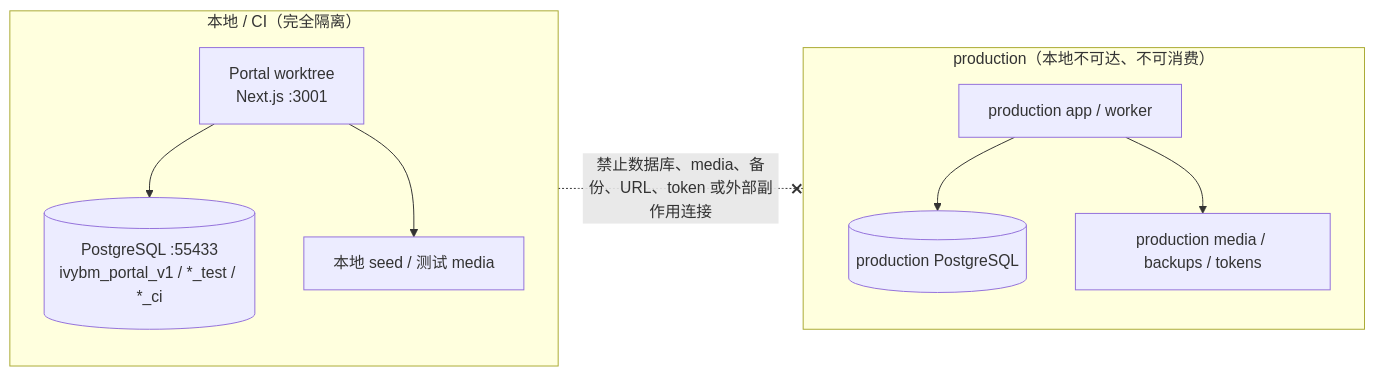
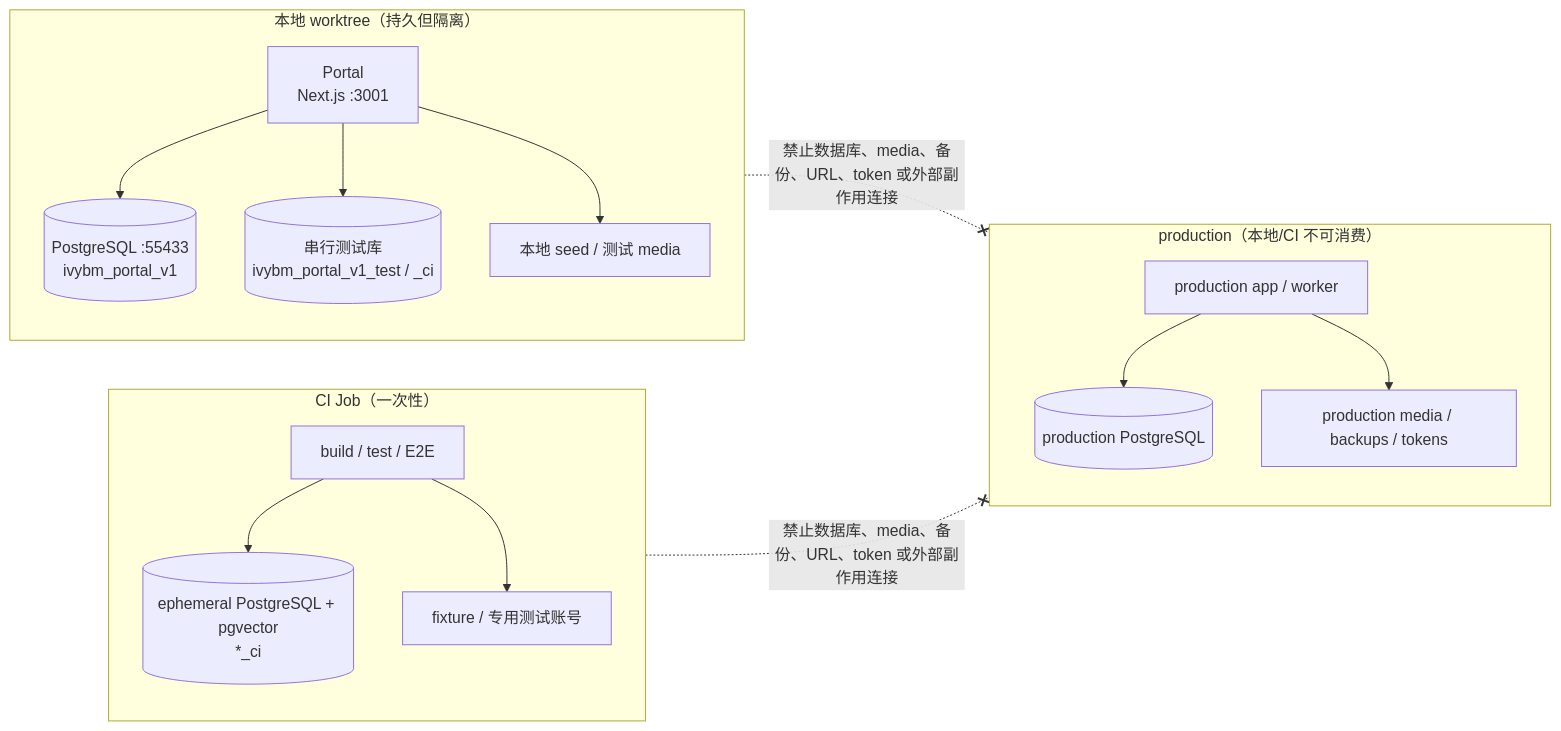
One commit to jueyunai/ivybm changed the second of 4 diagrams in docs/architecture/管理后台现代化UI重构与双轨架构规划.md. Above: the diagram before and after it, drawn with Mermaid. The commit also changed other lines of this file and 6 other files, not shown here.

````diff
--- a/docs/architecture/管理后台现代化UI重构与双轨架构规划.md
+++ b/docs/architecture/管理后台现代化UI重构与双轨架构规划.md
@@ -104,20 +109,31 @@
 ```mermaid
 flowchart LR
-    subgraph LOCAL["本地 / CI（完全隔离）"]
-        LAPP["Portal worktree\nNext.js :3001"]
-        LDB[("PostgreSQL :55433\nivybm_portal_v1 / *_test / *_ci")]
+    subgraph LOCAL["本地 worktree（持久但隔离）"]
+        LAPP["Portal\nNext.js :3001"]
+        LDB[("PostgreSQL :55433\nivybm_portal_v1")]
+        LTDB[("串行测试库\nivybm_portal_v1_test / _ci")]
         LMEDIA["本地 seed / 测试 media"]
         LAPP --> LDB
+        LAPP --> LTDB
         LAPP --> LMEDIA
     end
 
-    subgraph PROD["production（本地不可达、不可消费）"]
+    subgraph CI["CI Job（一次性）"]
+        CIAPP["build / test / E2E"]
+        CIDB[("ephemeral PostgreSQL + pgvector\n*_ci")]
+        CIFIX["fixture / 专用测试账号"]
+        CIAPP --> CIDB
+        CIAPP --> CIFIX
+    end
+
+    subgraph PROD["production（本地/CI 不可消费）"]
         PAPP["production app / worker"]
         PDB[("production PostgreSQL")]
         PMEDIA["production media / backups / tokens"]
         PAPP --> PDB
         PAPP --> PMEDIA
     end
 
     LOCAL -. "禁止数据库、media、备份、URL、token 或外部副作用连接" .-x PROD
+    CI -. "禁止数据库、media、备份、URL、token 或外部副作用连接" .-x PROD
 ```
````
